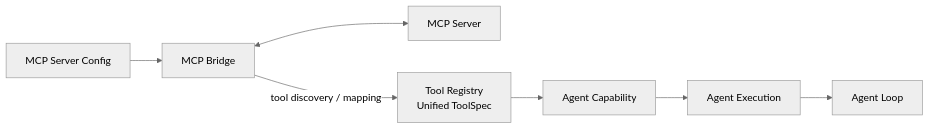
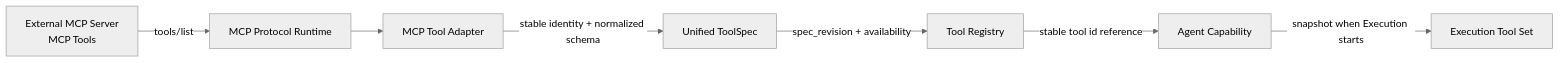
Before and after one commit to LunaDeerTech/agenteam: the fifth of 6 diagrams in docs/architecture/mcp-integration.md, drawn with Mermaid (neutral theme). The commit also changed other lines of this file, not shown here.

Commit message:
docs: refine MCP integration architecture

```diff
--- a/docs/architecture/mcp-integration.md
+++ b/docs/architecture/mcp-integration.md
@@ -11,17 +298,17 @@
 ~~~mermaid
 flowchart LR
-    Config["MCP Server Config"]
-    Bridge["MCP Bridge"]
-    Server["MCP Server"]
-    Registry["Tool Registry<br/>Unified ToolSpec"]
+    Server["External MCP Server<br/>MCP Tools"]
+    Protocol["MCP Protocol Runtime"]
+    Adapter["MCP Tool Adapter"]
+    Spec["Unified ToolSpec"]
+    Registry["Tool Registry"]
     Capability["Agent Capability"]
-    Execution["Agent Execution"]
-    Loop["Agent Loop"]
+    ExecutionSet["Execution Tool Set"]
 
-    Config --> Bridge
-    Bridge <--> Server
-    Bridge -->|"tool discovery / mapping"| Registry
-    Registry --> Capability
-    Capability --> Execution
-    Execution --> Loop
+    Server -->|"tools/list"| Protocol
+    Protocol --> Adapter
+    Adapter -->|"stable identity + normalized schema"| Spec
+    Spec -->|"spec_revision + availability"| Registry
+    Registry -->|"stable tool id reference"| Capability
+    Capability -->|"snapshot when Execution starts"| ExecutionSet
 ~~~
```
